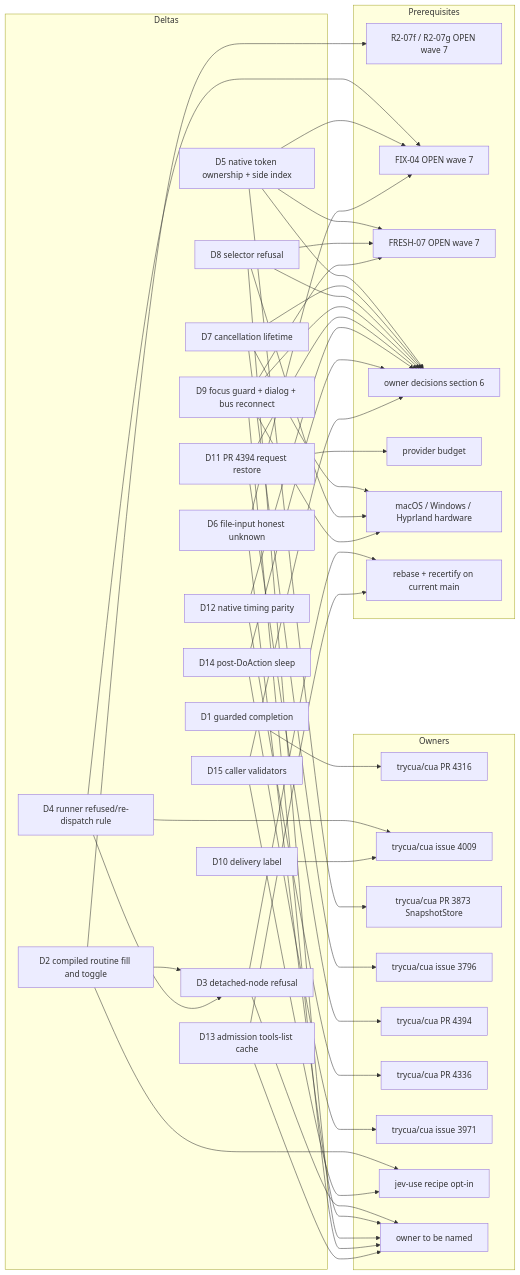
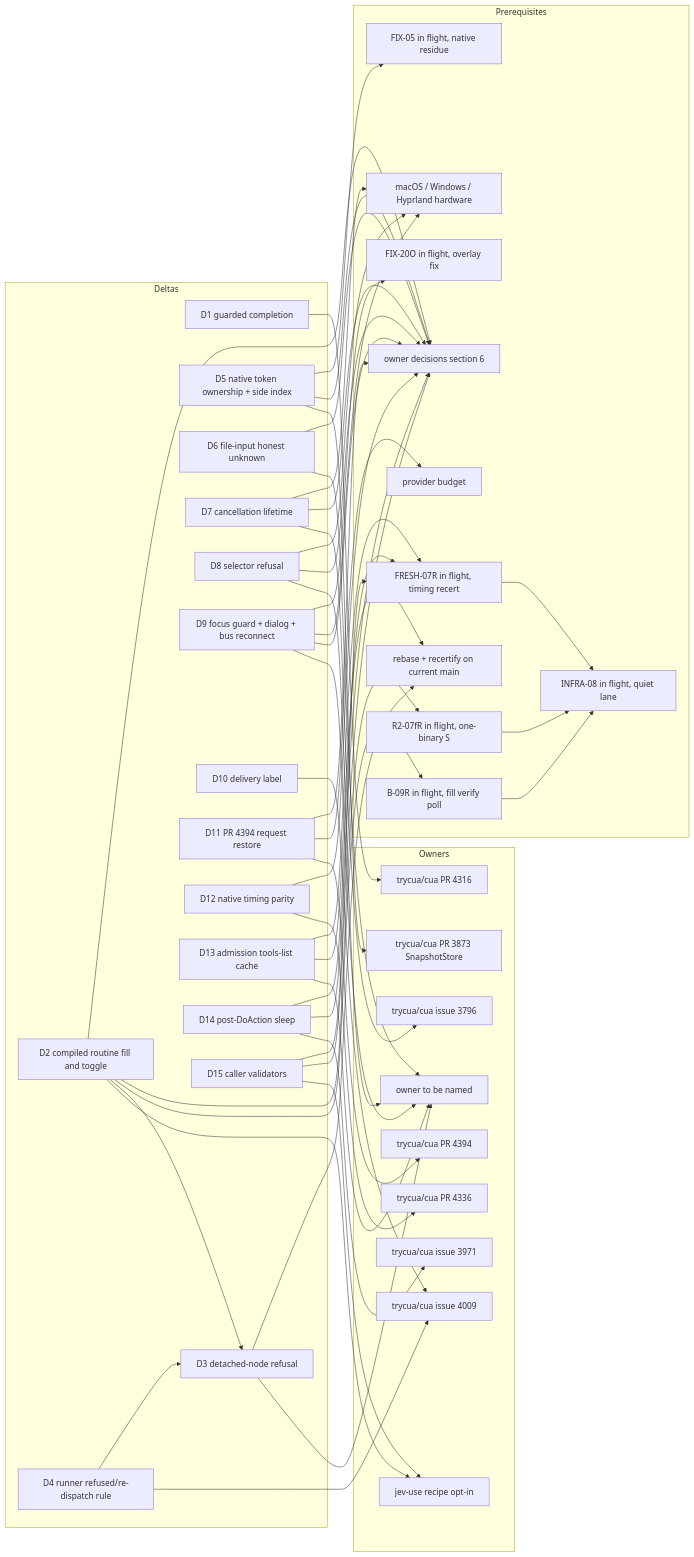
Before and after one commit to kvnloo/cua: the diagram in docs/rfc/3963-rewrite/README.md, drawn with Mermaid. The commit also changed other lines of this file and 21 other files, not shown here.

````diff
--- a/docs/rfc/3963-rewrite/README.md
+++ b/docs/rfc/3963-rewrite/README.md
@@ -464,9 +509,12 @@
     UNONE[owner to be named]
   end
   subgraph Prerequisites
-    P207F[R2-07f / R2-07g OPEN wave 7]
-    PFIX04[FIX-04 OPEN wave 7]
-    PFRESH[FRESH-07 OPEN wave 7]
+    PB09R[B-09R in flight, fill verify poll]
+    PR207FR[R2-07fR in flight, one-binary S]
+    PFIX20O[FIX-20O in flight, overlay fix]
+    PFIX05[FIX-05 in flight, native residue]
+    PFRESHR[FRESH-07R in flight, timing recert]
+    PINFRA[INFRA-08 in flight, quiet lane]
     POD[owner decisions section 6]
     PBUD[provider budget]
     PHW[macOS / Windows / Hyprland hardware]
@@ -475,29 +523,28 @@
   D1 --> U4316
   D2 --> URECIPE
   D2 --> D3
-  D2 --> P207F
+  D2 --> PB09R
+  D2 --> PR207FR
+  D2 --> POD
   D3 --> UNONE
   D3 --> PREB
   D4 --> U4009
   D4 --> D3
-  D4 --> PFIX04
   D5 --> U3873
   D5 --> POD
-  D5 --> PFIX04
-  D5 --> PFRESH
+  D5 --> PFIX05
   D6 --> UNONE
-  D6 --> PFIX04
+  D6 --> POD
   D7 --> U3796
   D7 --> POD
   D7 --> PHW
   D8 --> UNONE
   D8 --> POD
   D8 --> PHW
-  D8 --> PFRESH
   D9 --> UNONE
   D9 --> POD
-  D9 --> PFRESH
   D9 --> PHW
+  D9 --> PFIX20O
   D10 --> U4009
   D11 --> U4394
   D11 --> PBUD
@@ -506,8 +553,14 @@
   D12 --> POD
   D13 --> UNONE
   D13 --> PREB
+  D13 --> PFRESHR
   D14 --> U3971
   D14 --> POD
+  D14 --> PFRESHR
   D15 --> URECIPE
   D15 --> POD
+  D15 --> PFRESHR
+  PB09R --> PINFRA
+  PR207FR --> PINFRA
+  PFRESHR --> PINFRA
 ```
````
